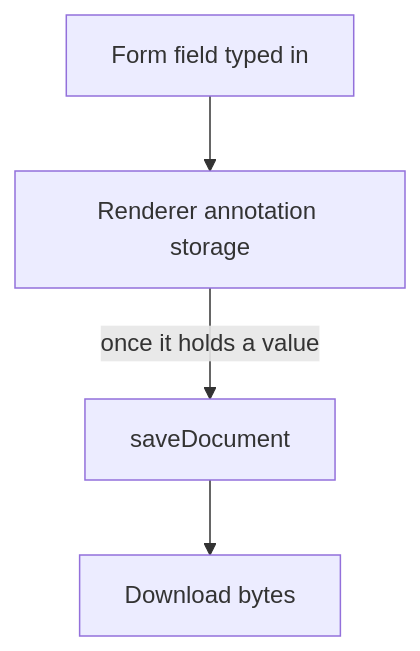
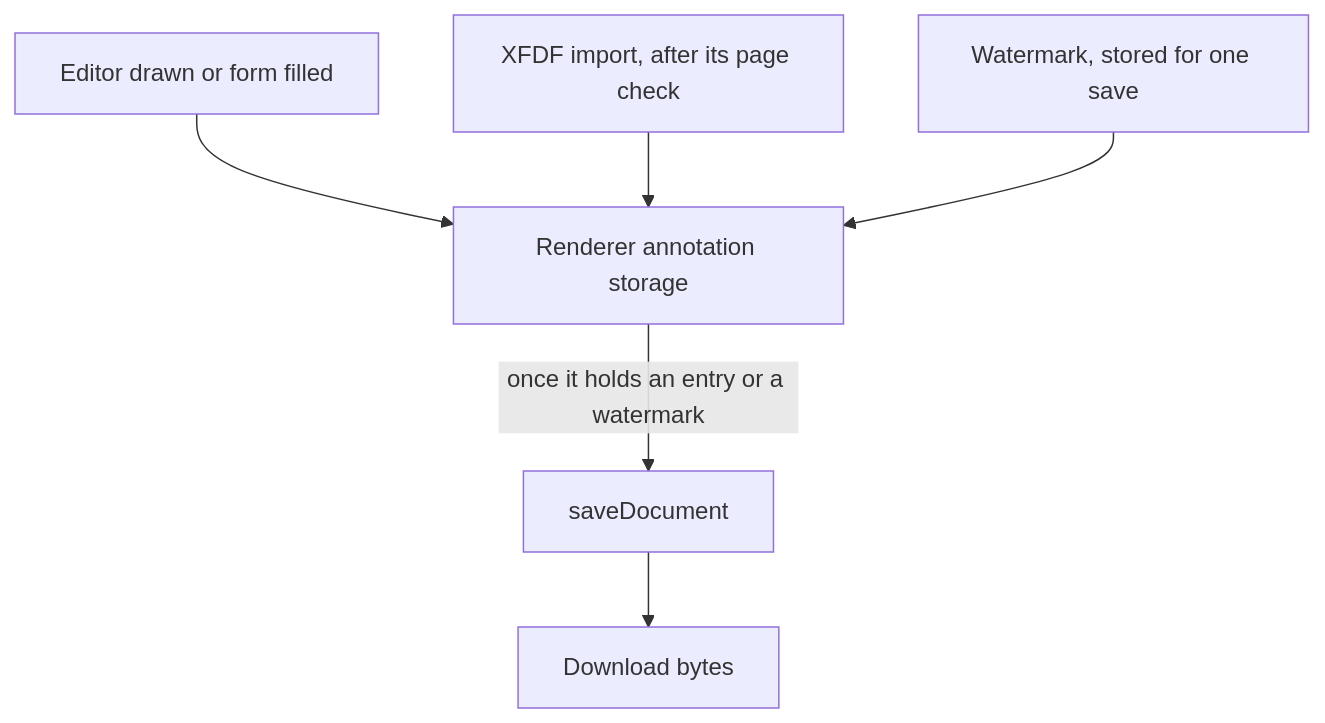
One commit to Esposter/Esposter changed the diagram in openspec/specs/vue-pdfjs-headless/annotations/design.md. Above: the diagram before and after it, drawn with Mermaid. The commit also changed other lines of this file and 95 other files, not shown here.

````diff
--- a/openspec/specs/vue-pdfjs-headless/annotations/design.md
+++ b/openspec/specs/vue-pdfjs-headless/annotations/design.md
@@ -9,6 +11,8 @@
 ```mermaid
 flowchart TD
-  typed["Form field typed in"] --> storage["Renderer annotation storage"]
-  storage -->|"once it holds a value"| save["saveDocument"]
+  drawn["Editor drawn or form filled"] --> storage["Renderer annotation storage"]
+  xfdf["XFDF import, after its page check"] --> storage
+  watermark["Watermark, stored for one save"] --> storage
+  storage -->|"once it holds an entry or a watermark"| save["saveDocument"]
   save --> bytes["Download bytes"]
 ```
````
